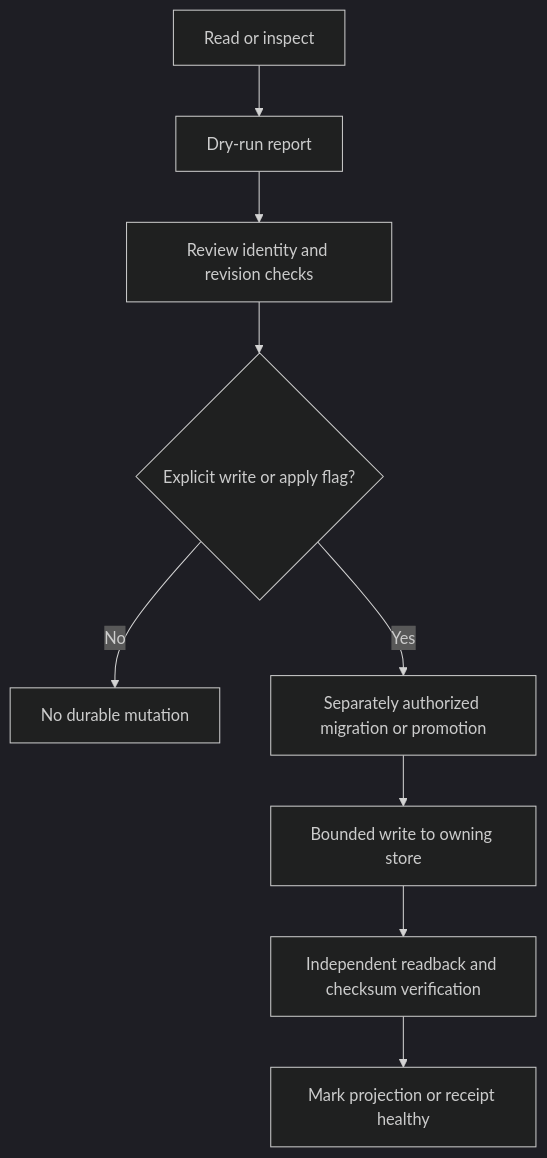
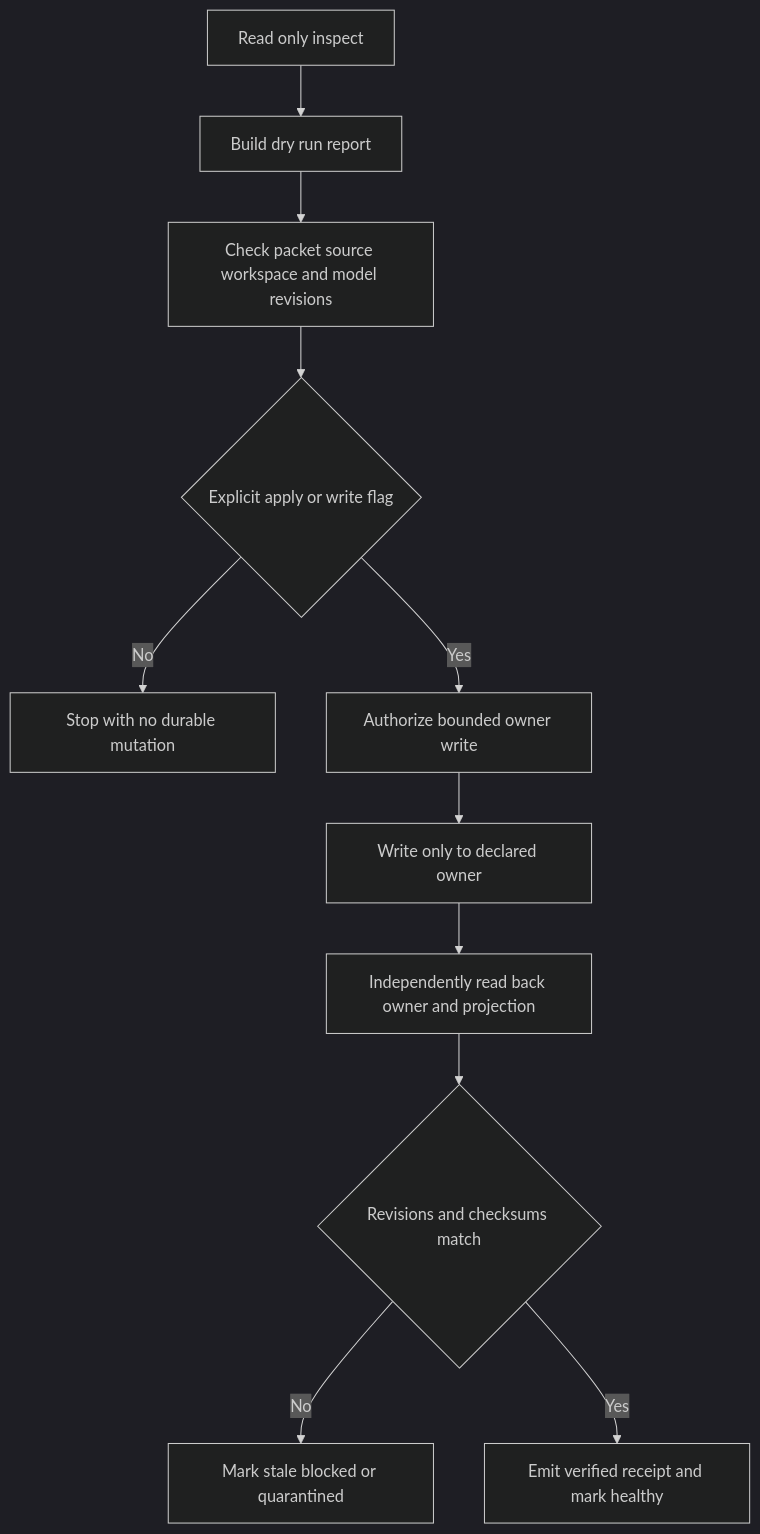
The third of 3 diagrams in openwiki/architecture/boundaries-and-authority.md (semaj90/deeds_web_app), drawn with Mermaid (dark theme) before and after one commit. The commit also changed other lines of this file and 252 other files, not shown here.

````diff
--- a/openwiki/architecture/boundaries-and-authority.md
+++ b/openwiki/architecture/boundaries-and-authority.md
@@ -94,11 +153,13 @@
 ```mermaid
 flowchart TD
-    Read["Read or inspect"] --> Report["Dry-run report"]
-    Report --> Review["Review identity and revision checks"]
-    Review --> Gate{"Explicit write or apply flag?"}
-    Gate -->|No| Stop["No durable mutation"]
-    Gate -->|Yes| Authorized["Separately authorized migration or promotion"]
-    Authorized --> Apply["Bounded write to owning store"]
-    Apply --> Verify["Independent readback and checksum verification"]
-    Verify --> Healthy["Mark projection or receipt healthy"]
+    Inspect["Read only inspect"] --> DryRun["Build dry run report"]
+    DryRun --> Identity["Check packet source workspace and model revisions"]
+    Identity --> ApplyGate{"Explicit apply or write flag"}
+    ApplyGate -->|No| NoWrite["Stop with no durable mutation"]
+    ApplyGate -->|Yes| Authorize["Authorize bounded owner write"]
+    Authorize --> OwnerWrite["Write only to declared owner"]
+    OwnerWrite --> Readback["Independently read back owner and projection"]
+    Readback --> Checksum{"Revisions and checksums match"}
+    Checksum -->|No| Stale["Mark stale blocked or quarantined"]
+    Checksum -->|Yes| Receipt["Emit verified receipt and mark healthy"]
 ```
````
